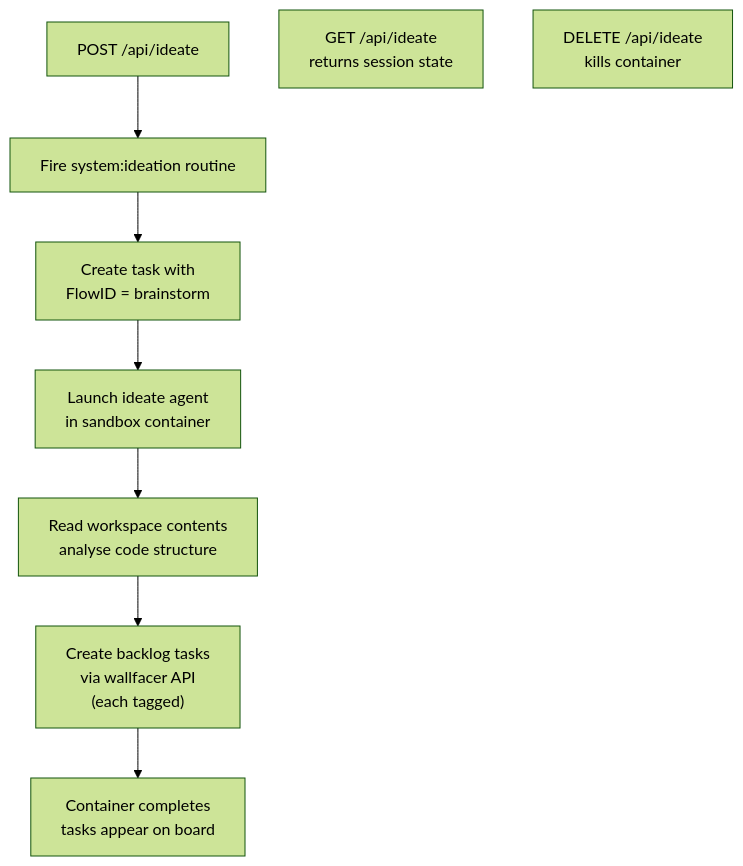
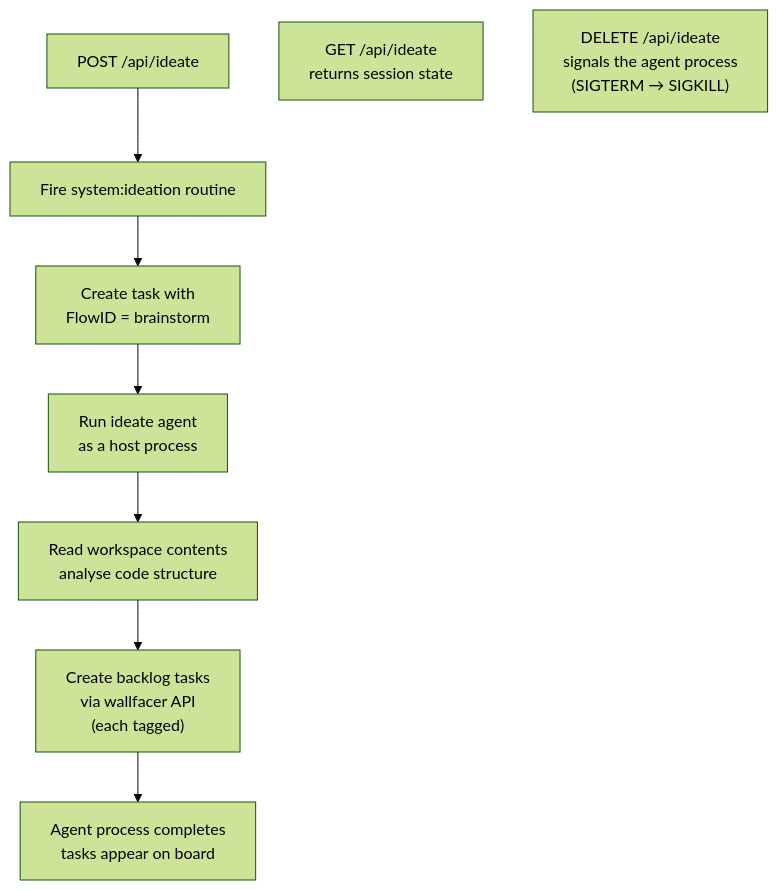
Before and after one commit to changkun/wallfacer: the fifth of 6 diagrams in docs/internals/automation.md, drawn with Mermaid (forest theme). The commit also changed other lines of this file, not shown here.

````diff
--- a/docs/internals/automation.md
+++ b/docs/internals/automation.md
@@ -254,12 +270,12 @@
 ```mermaid
 flowchart TD
     Trigger["POST /api/ideate"] --> Fire["Fire system:ideation routine"]
     Fire --> Create["Create task with<br/>FlowID = brainstorm"]
-    Create --> Launch["Launch ideate agent<br/>in sandbox container"]
+    Create --> Launch["Run ideate agent<br/>as a host process"]
     Launch --> Analyse["Read workspace contents<br/>analyse code structure"]
     Analyse --> Generate["Create backlog tasks<br/>via wallfacer API<br/>(each tagged)"]
-    Generate --> Done["Container completes<br/>tasks appear on board"]
+    Generate --> Done["Agent process completes<br/>tasks appear on board"]
 
     Status["GET /api/ideate<br/>returns session state"]
-    Cancel["DELETE /api/ideate<br/>kills container"]
+    Cancel["DELETE /api/ideate<br/>signals the agent process<br/>(SIGTERM → SIGKILL)"]
 ```
````
